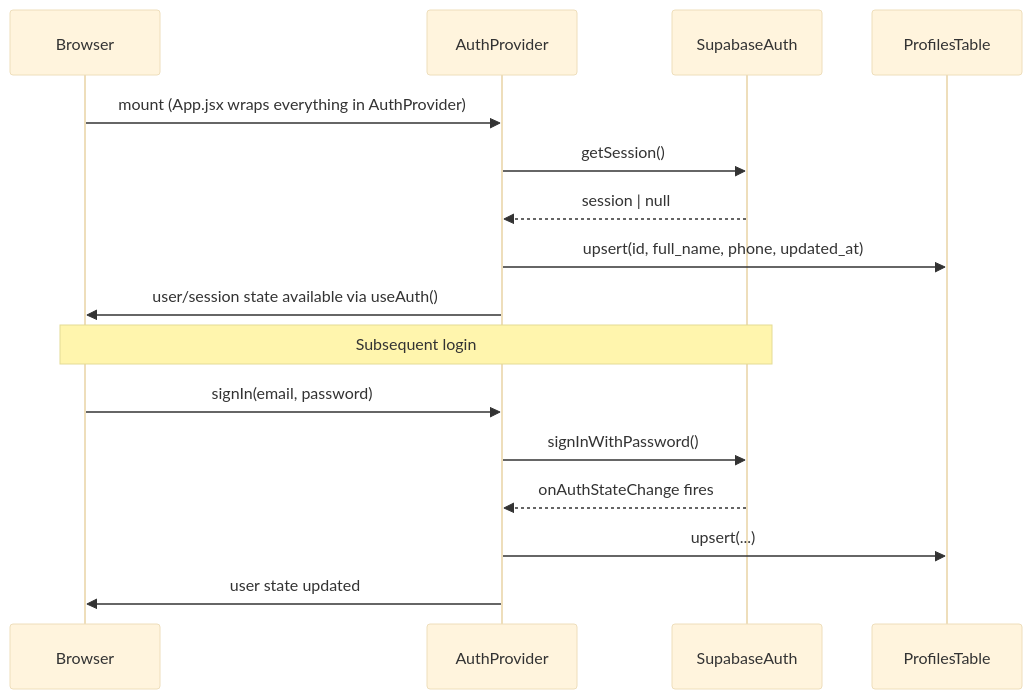
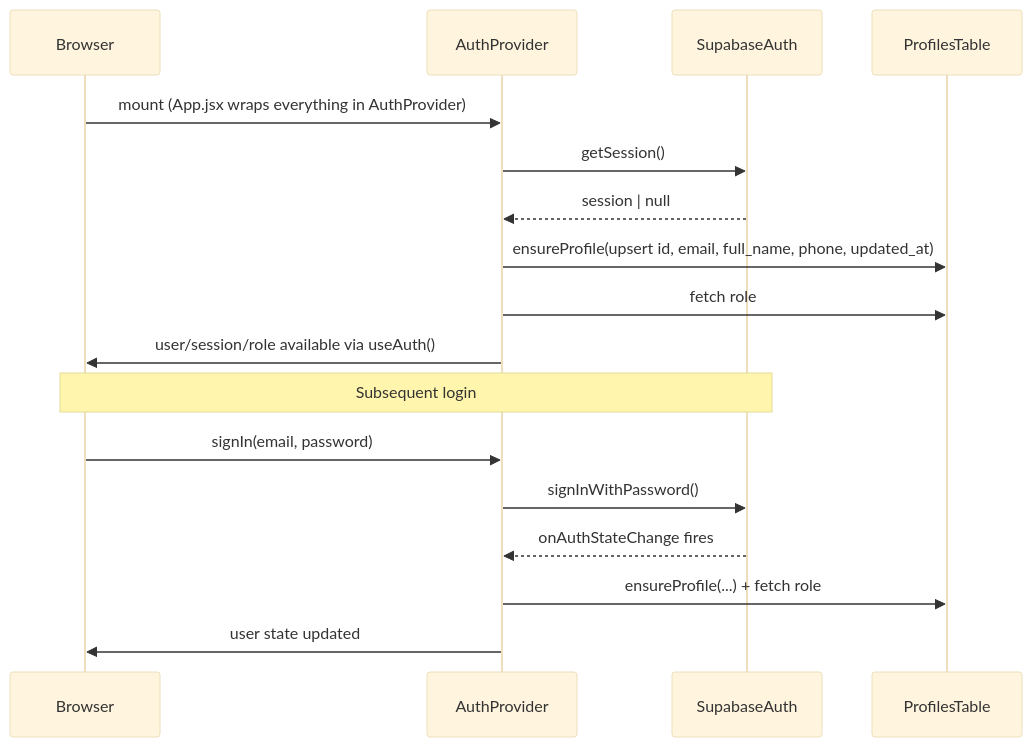
Before and after one commit to AGCPadelAcademy/web_application: the third of 5 diagrams in specs/baseline-system/architecture.md, drawn with Mermaid (base theme). The commit also changed other lines of this file and 1 other file, not shown here.

First line of the commit message:
docs: update auth architecture and supabase-backend specs

````diff
--- a/specs/baseline-system/architecture.md
+++ b/specs/baseline-system/architecture.md
@@ -143,20 +144,21 @@
 ```mermaid
 sequenceDiagram
     participant Browser
     participant AuthProvider
     participant SupabaseAuth
     participant ProfilesTable
 
     Browser->>AuthProvider: mount (App.jsx wraps everything in AuthProvider)
     AuthProvider->>SupabaseAuth: getSession()
     SupabaseAuth-->>AuthProvider: session | null
-    AuthProvider->>ProfilesTable: upsert(id, full_name, phone, updated_at)
-    AuthProvider->>Browser: user/session state available via useAuth()
+    AuthProvider->>ProfilesTable: ensureProfile(upsert id, email, full_name, phone, updated_at)
+    AuthProvider->>ProfilesTable: fetch role
+    AuthProvider->>Browser: user/session/role available via useAuth()
 
     Note over Browser,SupabaseAuth: Subsequent login
     Browser->>AuthProvider: signIn(email, password)
     AuthProvider->>SupabaseAuth: signInWithPassword()
     SupabaseAuth-->>AuthProvider: onAuthStateChange fires
-    AuthProvider->>ProfilesTable: upsert(...)
+    AuthProvider->>ProfilesTable: ensureProfile(...) + fetch role
     AuthProvider->>Browser: user state updated
 ```
````
